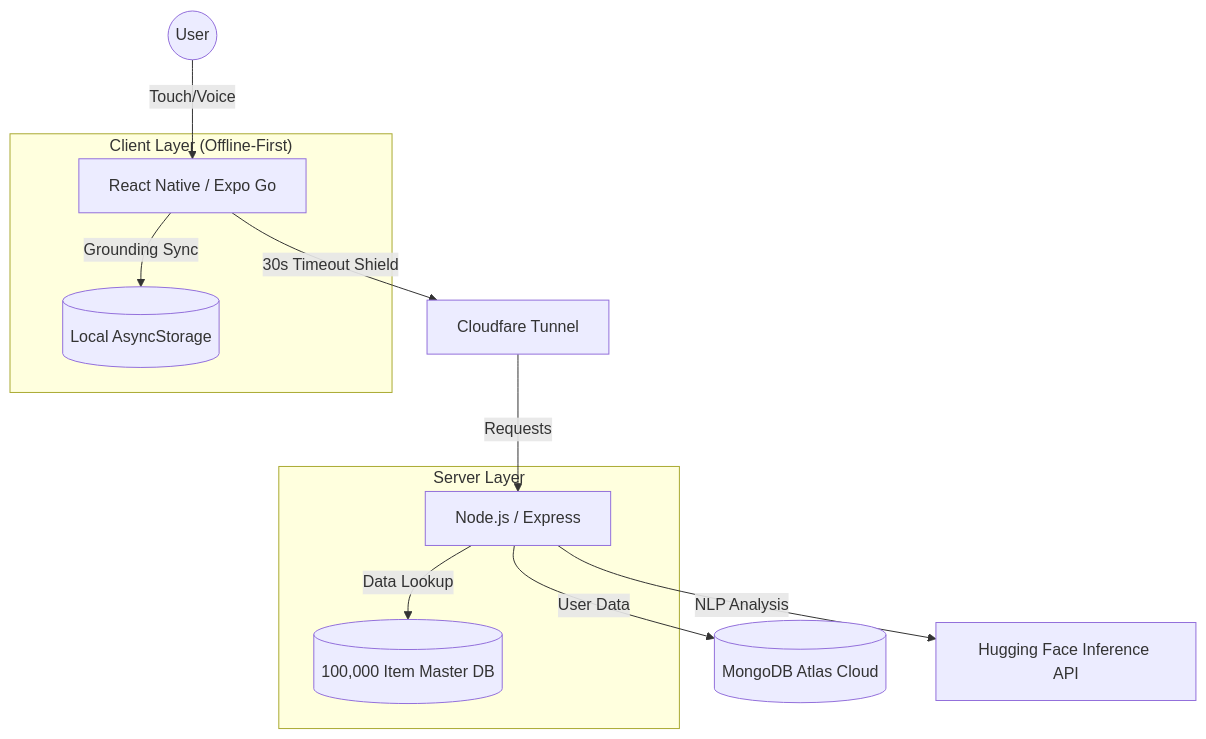
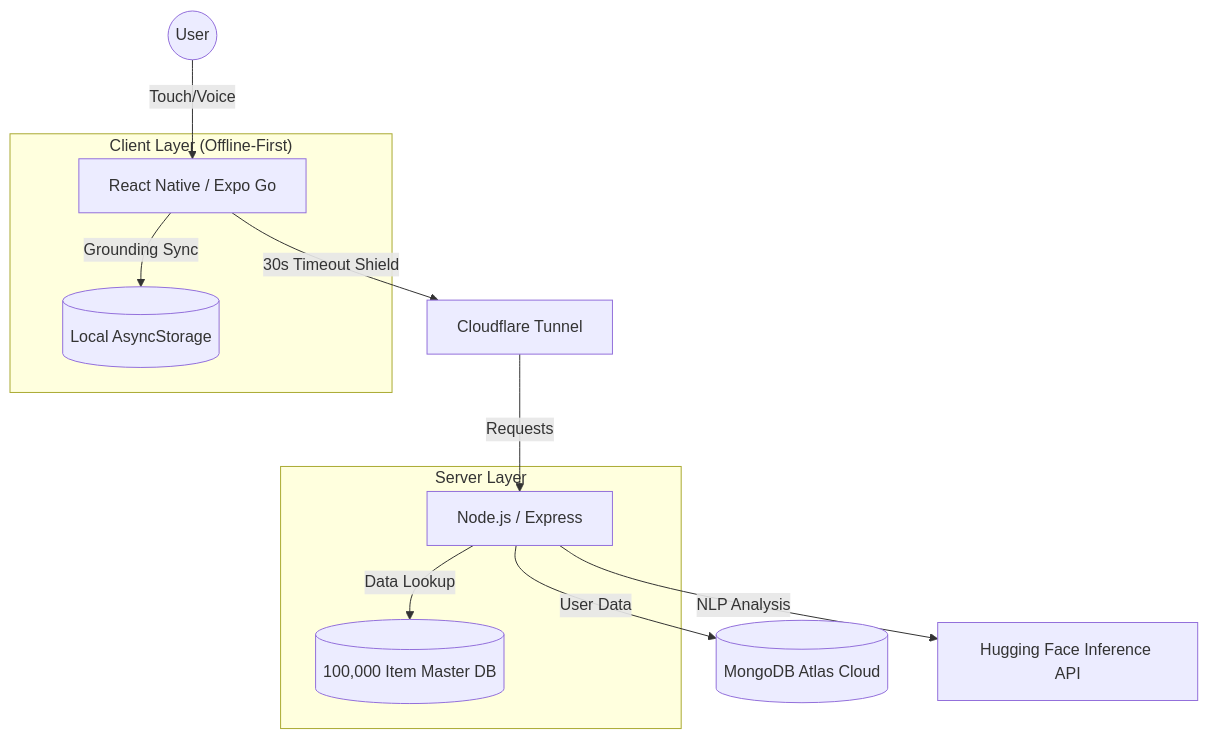
The diagram in README.md (Darkjak361/MoodMate), drawn with Mermaid before and after one commit.

````diff
--- a/README.md
+++ b/README.md
@@ -16,18 +16,18 @@
 ```mermaid
 graph TD
     User((User)) -->|Touch/Voice| Frontend[React Native / Expo Go]
-    Frontend -->|30s Timeout Shield| Tunnel[Cloudfare Tunnel]
+    Frontend -->|30s Timeout Shield| Tunnel[Cloudflare Tunnel]
     Tunnel -->|Requests| Backend[Node.js / Express]
     Backend -->|Data Lookup| JSON[(100,000 Item Master DB)]
     Backend -->|User Data| DB[(MongoDB Atlas Cloud)]
     Backend -->|NLP Analysis| AI[Hugging Face Inference API]
     
     subgraph "Client Layer (Offline-First)"
         Frontend -->|Grounding Sync| Storage[(Local AsyncStorage)]
     end
     
     subgraph "Server Layer"
         Backend
         JSON
     end
 ```
````
